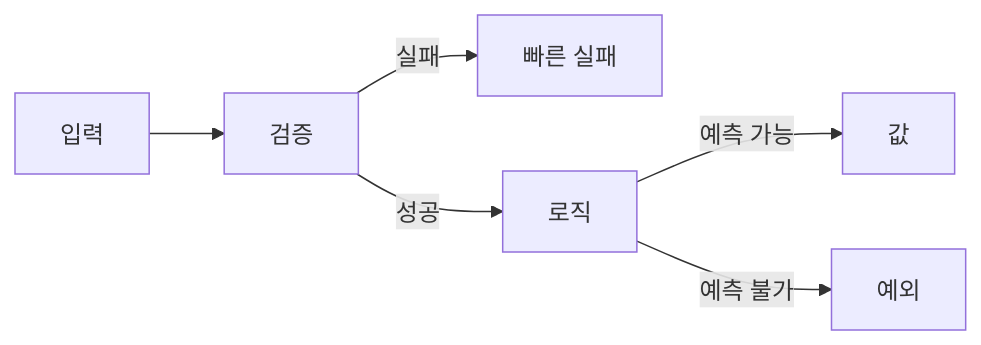
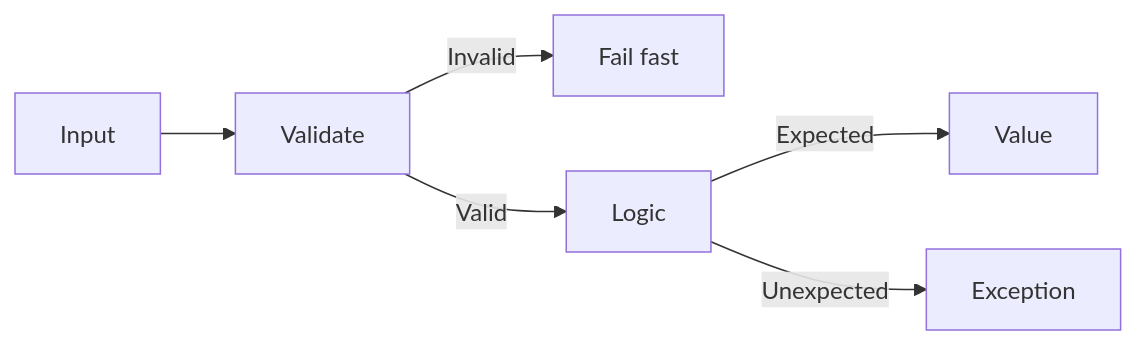
The diagram in content/clean-code-101/ko/06-error-handling.md (yeongseon-books/book-content), drawn with Mermaid before and after one commit. The commit also changed other lines of this file and 9 other files, not shown here.

````diff
--- a/content/clean-code-101/ko/06-error-handling.md
+++ b/content/clean-code-101/ko/06-error-handling.md
@@ -40,8 +46,8 @@
 ```mermaid
 flowchart LR
-    I["입력"] --> V["검증"]
-    V -->|"실패"| F["빠른 실패"]
-    V -->|"성공"| L["로직"]
-    L -->|"예측 가능"| R["값"]
-    L -->|"예측 불가"| E["예외"]
+    I["Input"] --> V["Validate"]
+    V -->|"Invalid"| F["Fail fast"]
+    V -->|"Valid"| L["Logic"]
+    L -->|"Expected"| R["Value"]
+    L -->|"Unexpected"| E["Exception"]
 ```
````
